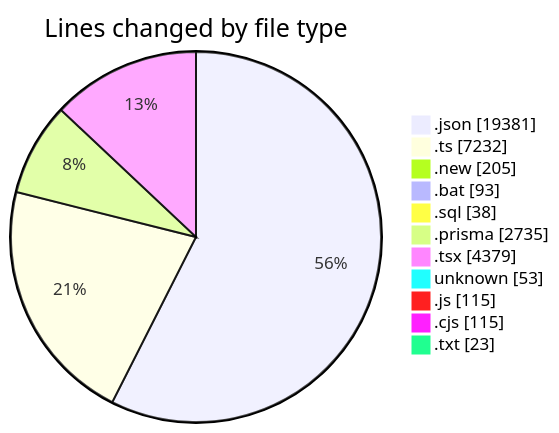
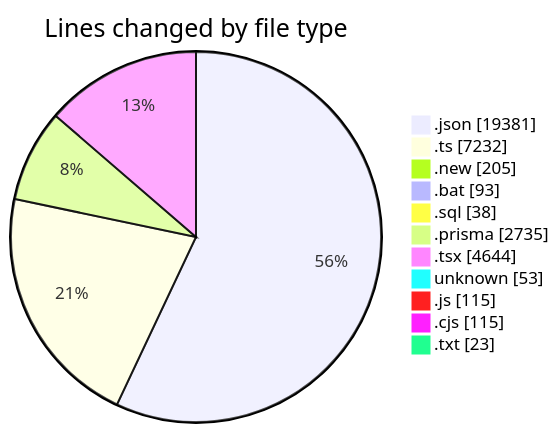
One commit to CELIANVF/code-tracking changed the first of 2 diagrams in 2025-05-20/ecodeli-1/README.md. Above: the diagram before and after it, drawn with Mermaid. The commit also changed other lines of this file and 1 other file, not shown here.

````diff
--- a/2025-05-20/ecodeli-1/README.md
+++ b/2025-05-20/ecodeli-1/README.md
@@ -82,15 +84,15 @@
 ```mermaid
 pie showData
 title Lines changed by file type
 ".json" : 19381
 ".ts" : 7232
 ".new" : 205
 ".bat" : 93
 ".sql" : 38
 ".prisma" : 2735
-".tsx" : 4379
+".tsx" : 4644
 "unknown" : 53
 ".js" : 115
 ".cjs" : 115
 ".txt" : 23
 ```
````
